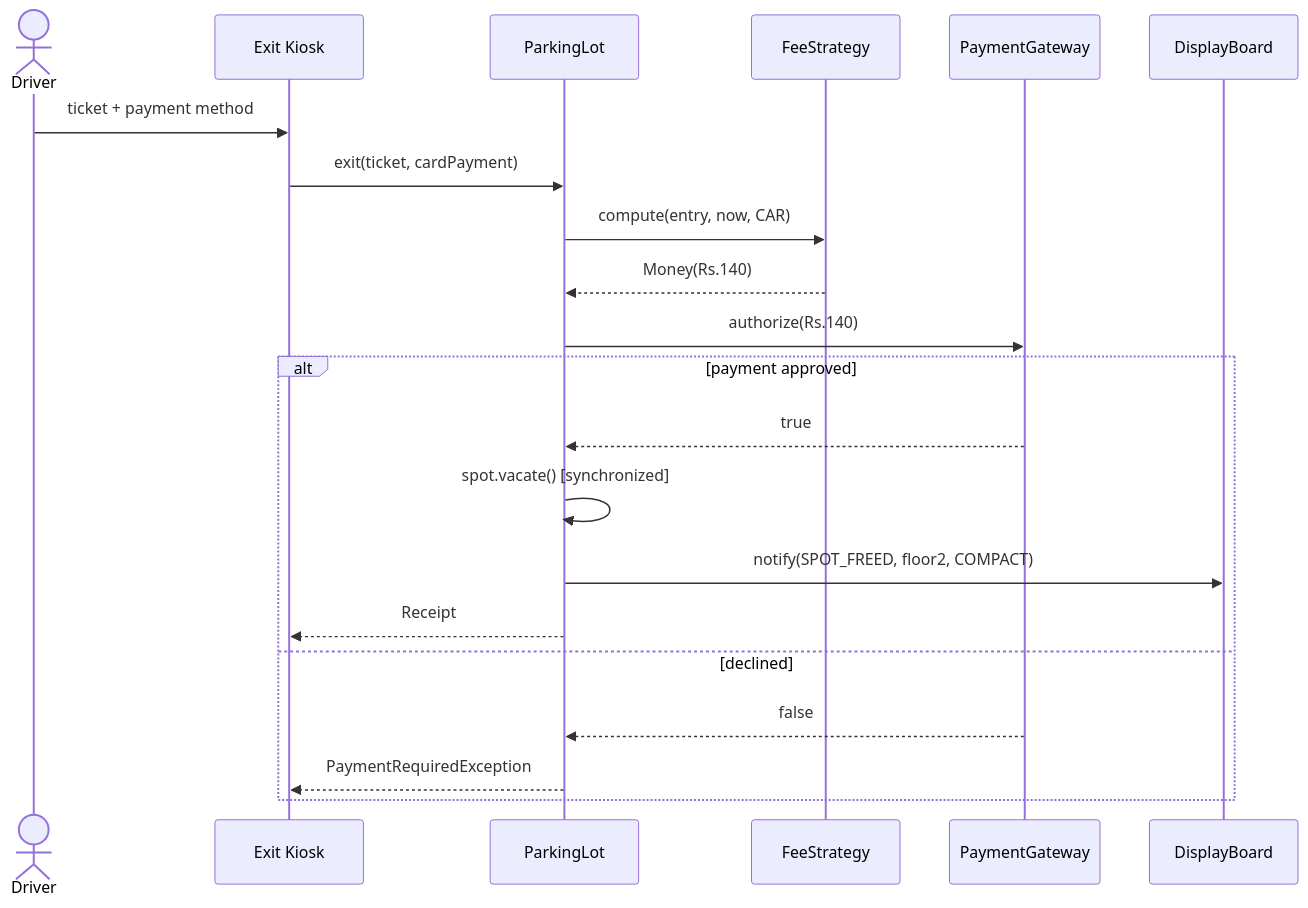
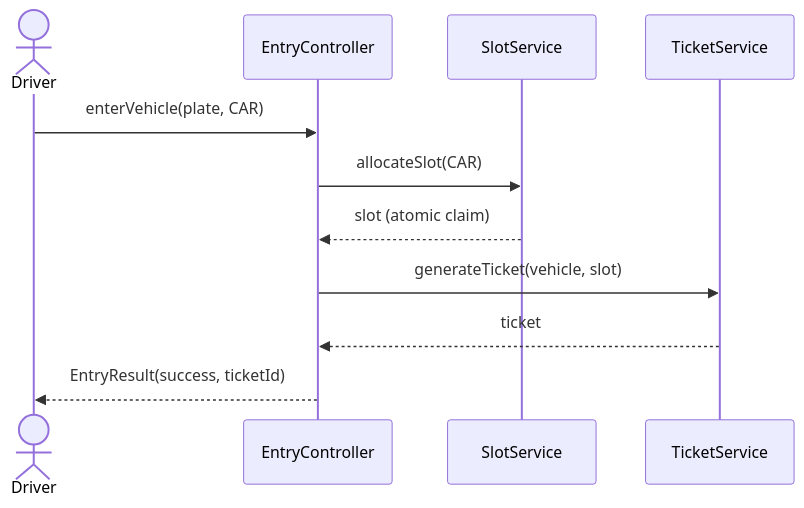
Before and after one commit to iamitgupta/system-design-LLD-basic: the first of 35 diagrams in Readme.md, drawn with Mermaid. The commit also changed other lines of this file, not shown here.

````diff
--- a/Readme.md
+++ b/Readme.md
@@ -179,24 +113,13 @@
 ```mermaid
 sequenceDiagram
- actor Driver
- participant X as Exit Kiosk
- participant PL as ParkingLot
- participant FC as FeeStrategy
- participant GW as PaymentGateway
- participant DB as DisplayBoard
-
- Driver->>X: ticket + payment method
- X->>PL: exit(ticket, cardPayment)
- PL->>FC: compute(entry, now, CAR)
- FC-->>PL: Money(Rs.140)
- PL->>GW: authorize(Rs.140)
- alt payment approved
- GW-->>PL: true
- PL->>PL: spot.vacate() [synchronized]
- PL->>DB: notify(SPOT_FREED, floor2, COMPACT)
- PL-->>X: Receipt
- else declined
- GW-->>PL: false
- PL-->>X: PaymentRequiredException
- end
+    actor D as Driver
+    participant EC as EntryController
+    participant SS as SlotService
+    participant TS as TicketService
+    D->>EC: enterVehicle(plate, CAR)
+    EC->>SS: allocateSlot(CAR)
+    SS-->>EC: slot (atomic claim)
+    EC->>TS: generateTicket(vehicle, slot)
+    TS-->>EC: ticket
+    EC-->>D: EntryResult(success, ticketId)
 ```
````
